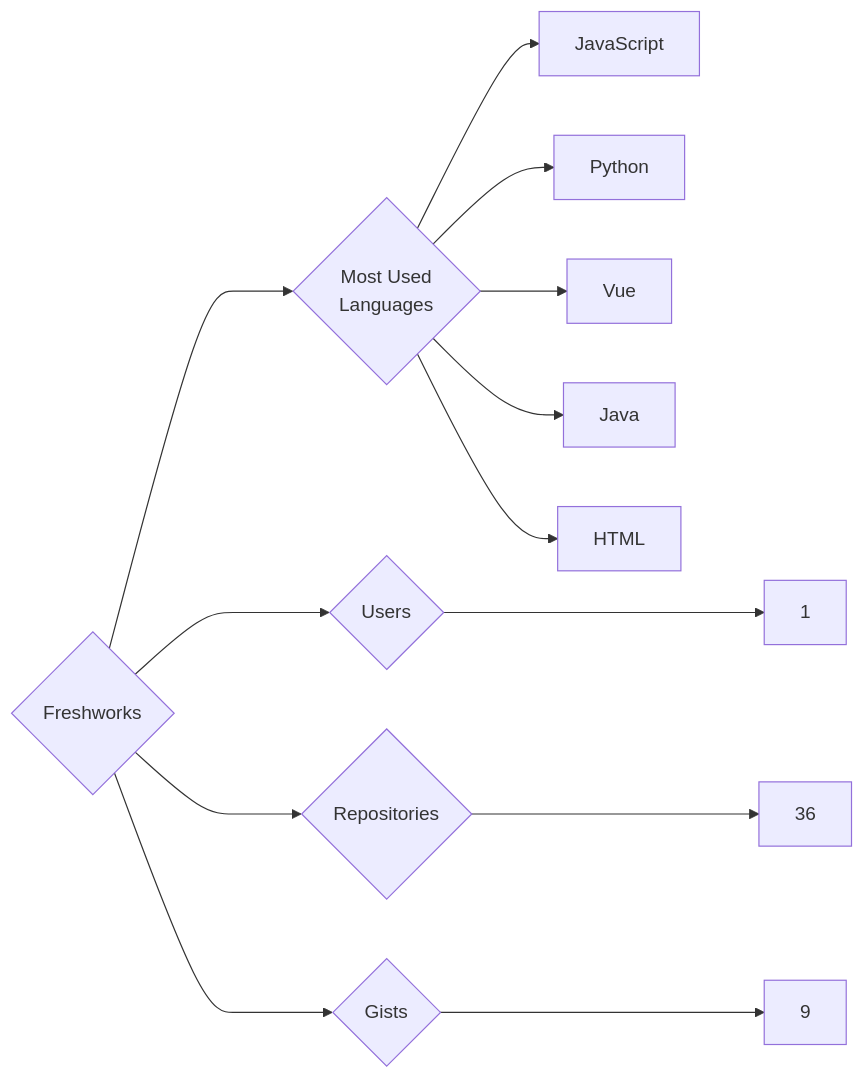
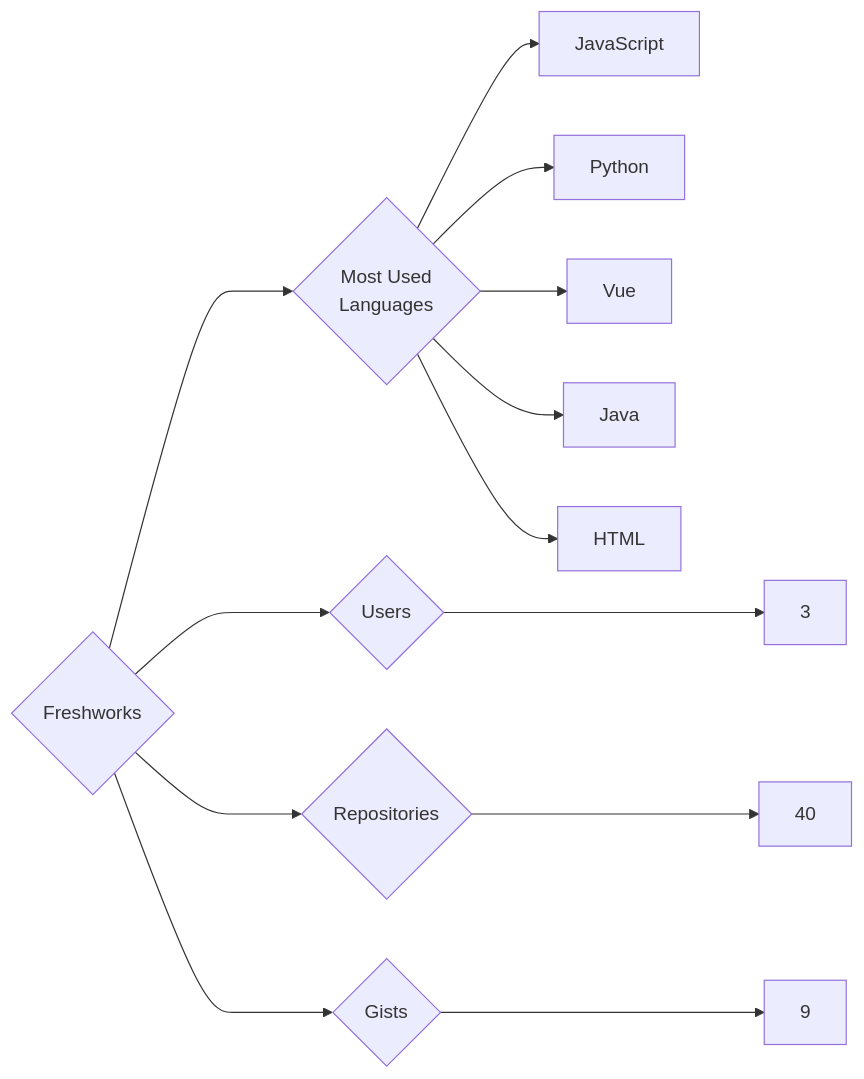
One commit to trickest/insiders changed the diagram in targets/Freshworks/README.md. Above: the diagram before and after it, drawn with Mermaid. The commit also changed 840 other files, not shown here.

````diff
--- a/targets/Freshworks/README.md
+++ b/targets/Freshworks/README.md
@@ -3,13 +3,13 @@
 ```mermaid
 graph LR
 COMPANY_NAME{Freshworks}
-COMPANY_NAME ---> U{Users} ---> UN[1]
-COMPANY_NAME ---> R{Repositories} ---> RN[36]
+COMPANY_NAME ---> U{Users} ---> UN[3]
+COMPANY_NAME ---> R{Repositories} ---> RN[40]
 COMPANY_NAME ---> G{Gists} ---> GN[9]
 COMPANY_NAME ---> ML{Most Used<br>Languages}
 ML --> JavaScript[JavaScript]
 ML --> Python[Python]
 ML --> Vue[Vue]
 ML --> Java[Java]
 ML --> HTML[HTML]
 ```
````
